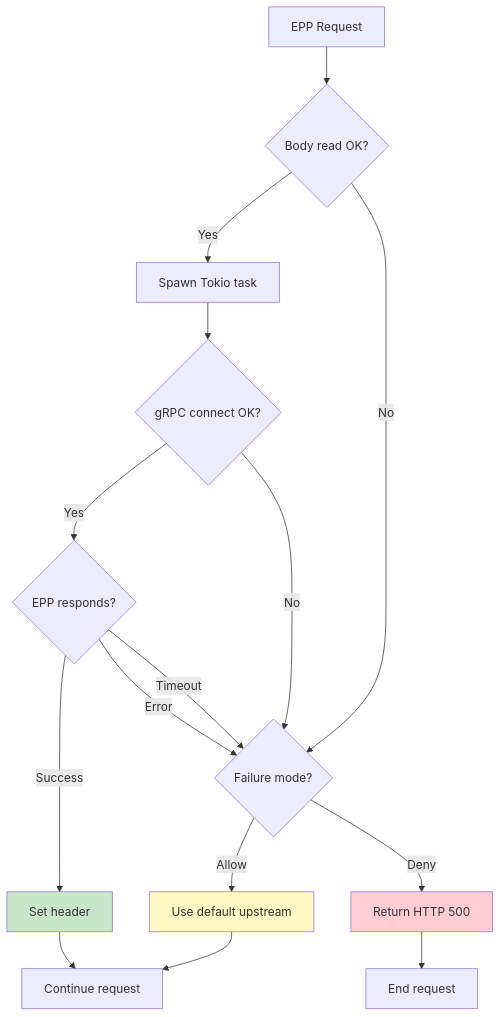
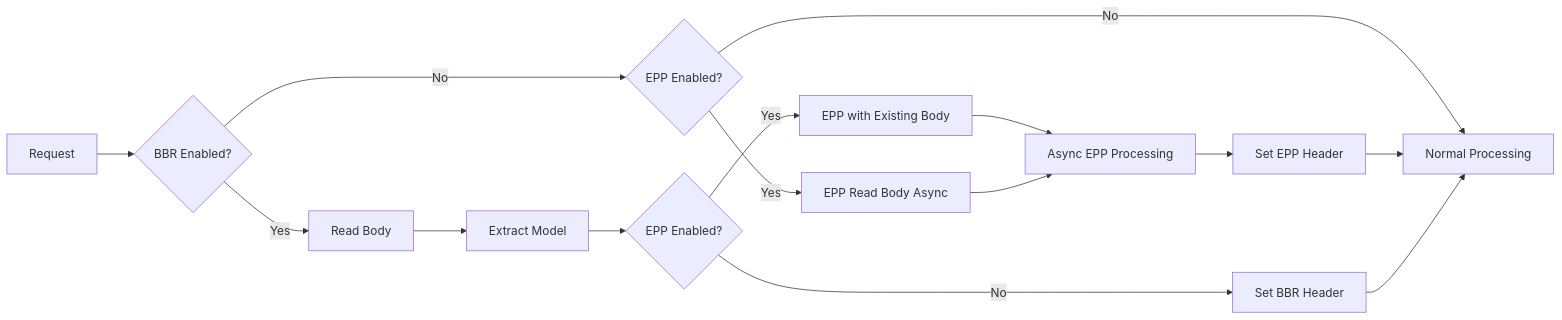
Before and after one commit to CVanF5/ngx-inference: the third of 3 diagrams in docs/epp-async-architecture.md, drawn with Mermaid. The commit also changed other lines of this file and 12 other files, not shown here.

````diff
--- a/docs/epp-async-architecture.md
+++ b/docs/epp-async-architecture.md
@@ -258,25 +256,17 @@
 ```mermaid
-graph TD
-    A[EPP Request] --> B{Body read OK?}
-    B -->|No| C{Failure mode?}
-    B -->|Yes| D[Spawn Tokio task]
-    
-    D --> E{gRPC connect OK?}
-    E -->|No| C
-    E -->|Yes| F{EPP responds?}
-    
-    F -->|Timeout| C
-    F -->|Error| C
-    F -->|Success| G[Set header]
-    
-    C -->|Allow| H[Use default upstream]
-    C -->|Deny| I[Return HTTP 500]
-    
-    H --> J[Continue request]
-    G --> J
-    I --> K[End request]
-    
-    style G fill:#c8e6c9
-    style H fill:#fff9c4
-    style I fill:#ffcdd2
+flowchart LR
+    A[Request] --> B{BBR Enabled?}
+    B -->|Yes| C[Read Body]
+    B -->|No| D{EPP Enabled?}
+    C --> E[Extract Model]
+    E --> F{EPP Enabled?}
+    F -->|Yes| G[EPP with Existing Body]
+    F -->|No| H[Set BBR Header]
+    D -->|Yes| I[EPP Read Body Async]
+    D -->|No| J[Normal Processing]
+    G --> K[Async EPP Processing]
+    I --> K
+    K --> L[Set EPP Header]
+    L --> J
+    H --> J
 ```
````
